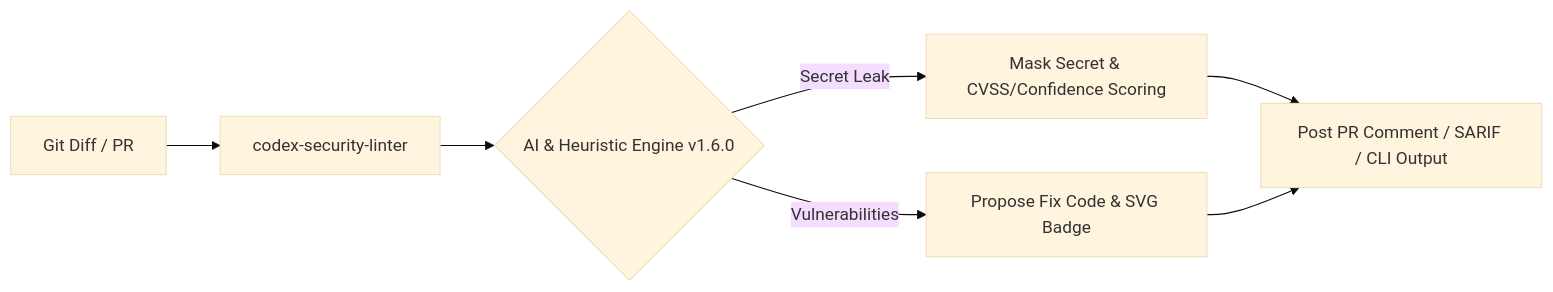
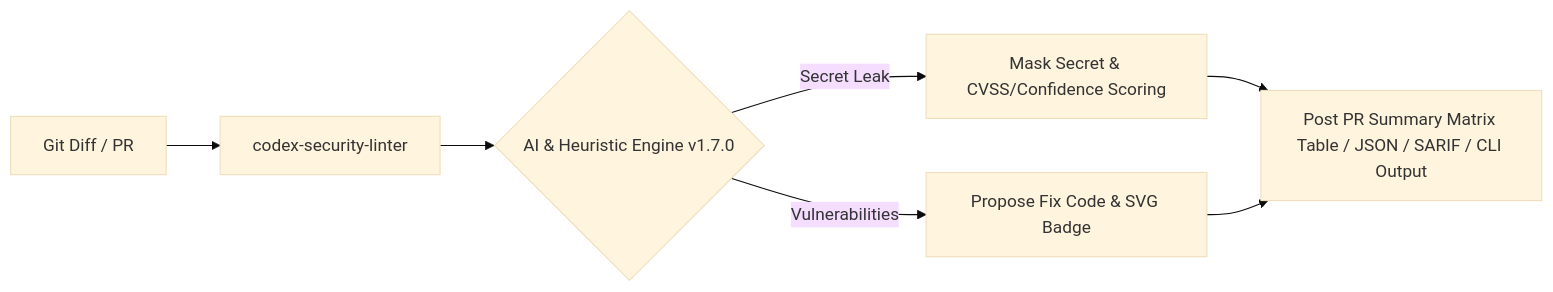
One commit to knmt1219/codex-security-linter changed the diagram in README.md. Above: the diagram before and after it, drawn with Mermaid (base theme). The commit also changed other lines of this file and 3 other files, not shown here.

Commit message:
feat(v1.7.0): add structured markdown summary matrix table and json export

````diff
--- a/README.md
+++ b/README.md
@@ -14,8 +14,8 @@
 ```mermaid
 graph LR
     A[Git Diff / PR] --> B[codex-security-linter]
-    B --> C{AI & Heuristic Engine v1.6.0}
+    B --> C{AI & Heuristic Engine v1.7.0}
     C -->|Secret Leak| D[Mask Secret & CVSS/Confidence Scoring]
     C -->|Vulnerabilities| E[Propose Fix Code & SVG Badge]
-    D & E --> F[Post PR Comment / SARIF / CLI Output]
+    D & E --> F[Post PR Summary Matrix Table / JSON / SARIF / CLI Output]
 ```
````
